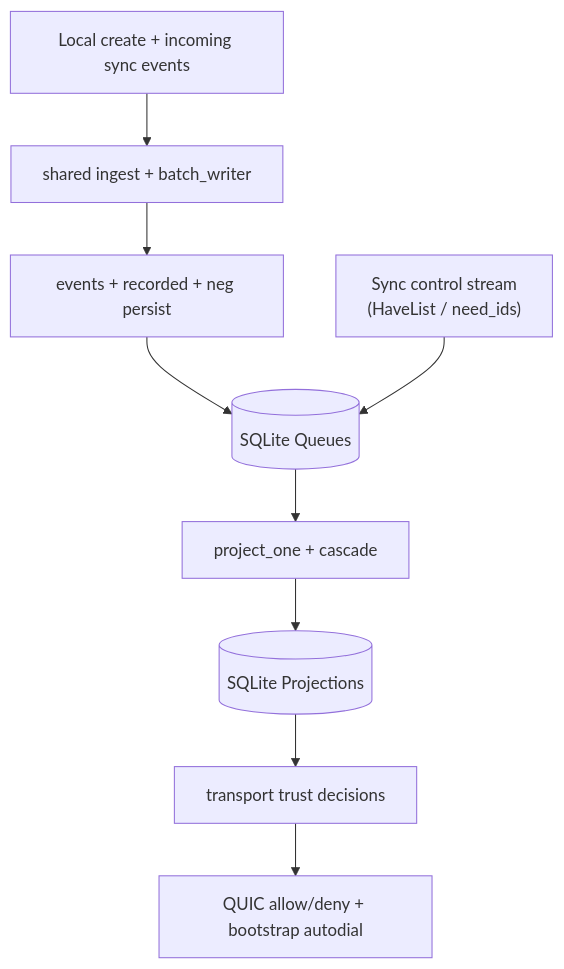
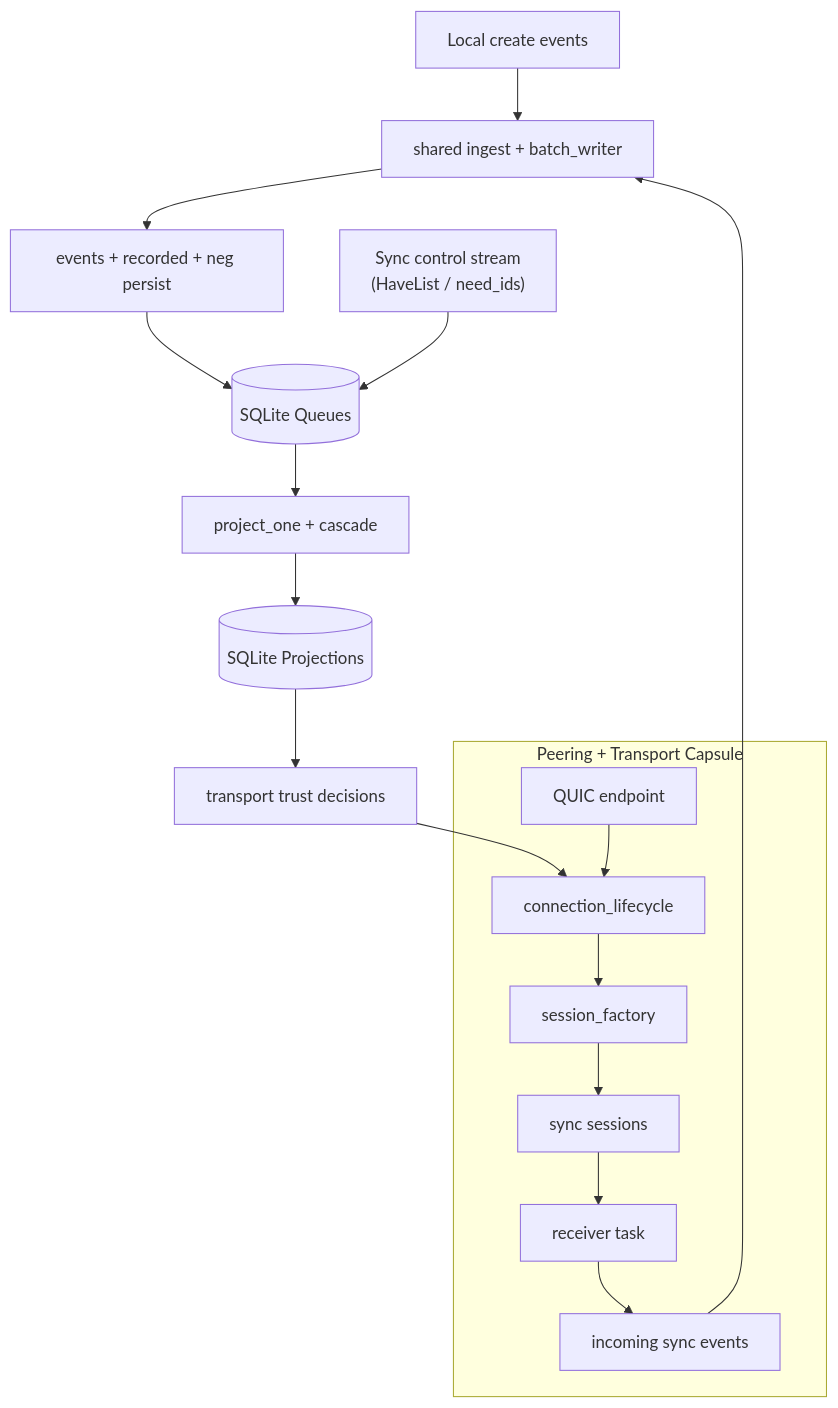
One commit to holmesworcester/topo changed the fourth of 7 diagrams in docs/CURRENT_RUNTIME_DIAGRAM.md. Above: the diagram before and after it, drawn with Mermaid. The commit also changed other lines of this file, not shown here.

Commit message:
Update runtime diagram drafts for transport capsule boundary

````diff
--- a/docs/CURRENT_RUNTIME_DIAGRAM.md
+++ b/docs/CURRENT_RUNTIME_DIAGRAM.md
@@ -109,12 +137,22 @@
 ```mermaid
 flowchart TD
-    LOCAL["Local create + incoming sync events"] --> INGEST["shared ingest + batch_writer"]
+    LOCAL["Local create events"] --> INGEST["shared ingest + batch_writer"]
+
+    subgraph NET["Peering + Transport Capsule"]
+      EP["QUIC endpoint"] --> LIFE["connection_lifecycle"]
+      LIFE --> FACT["session_factory"]
+      FACT --> SESS["sync sessions"]
+      SESS --> RECV["receiver task"]
+      RECV --> INCOMING["incoming sync events"]
+    end
+
+    INCOMING --> INGEST
     INGEST --> STORE["events + recorded + neg persist"]
     STORE --> QDB[("SQLite Queues")]
     QDB --> APPLY["project_one + cascade"]
     APPLY --> PDB[("SQLite Projections")]
 
     CTRL["Sync control stream\n(HaveList / need_ids)"] --> QDB
     PDB --> TRUST["transport trust decisions"]
-    TRUST --> NET["QUIC allow/deny + bootstrap autodial"]
+    TRUST --> LIFE
 ```
````
